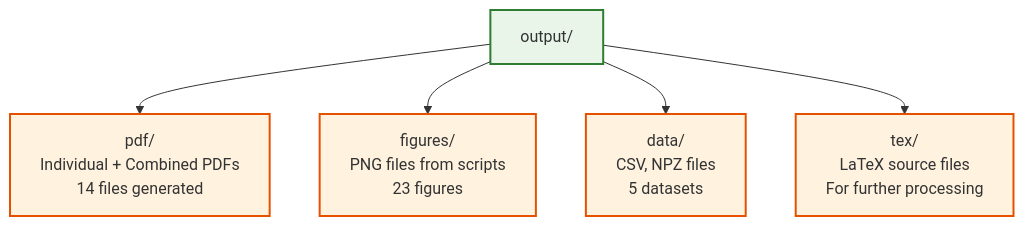
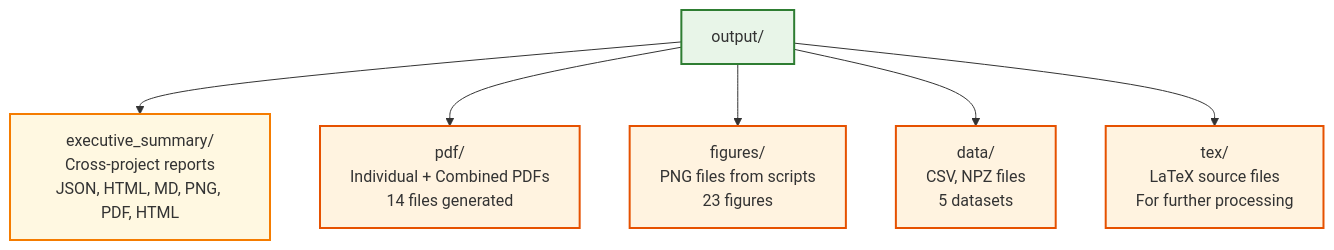
One commit to docxology/template changed the tenth of 13 diagrams in README.md. Above: the diagram before and after it, drawn with Mermaid. The commit also changed other lines of this file and 512 other files, not shown here.

````diff
--- a/README.md
+++ b/README.md
@@ -976,13 +980,16 @@
 ```mermaid
 graph TD
-    OUTPUT[output/] --> PDFS[pdf/<br/>Individual + Combined PDFs<br/>14 files generated]
+    OUTPUT[output/] --> EXEC[executive_summary/<br/>Cross-project reports<br/>JSON, HTML, MD, PNG, PDF, HTML]
+    OUTPUT --> PDFS[pdf/<br/>Individual + Combined PDFs<br/>14 files generated]
     OUTPUT --> FIGS[figures/<br/>PNG files from scripts<br/>23 figures]
     OUTPUT --> DATA[data/<br/>CSV, NPZ files<br/>5 datasets]
     OUTPUT --> TEX[tex/<br/>LaTeX source files<br/>For further processing]
-    
+
     classDef dir fill:#e8f5e8,stroke:#2e7d32,stroke-width:2px
     classDef files fill:#fff3e0,stroke:#e65100,stroke-width:2px
-    
+    classDef exec fill:#fff8e1,stroke:#f57c00,stroke-width:2px
+
     class OUTPUT dir
     class PDFS,FIGS,DATA,TEX files
+    class EXEC exec
 ```
````
